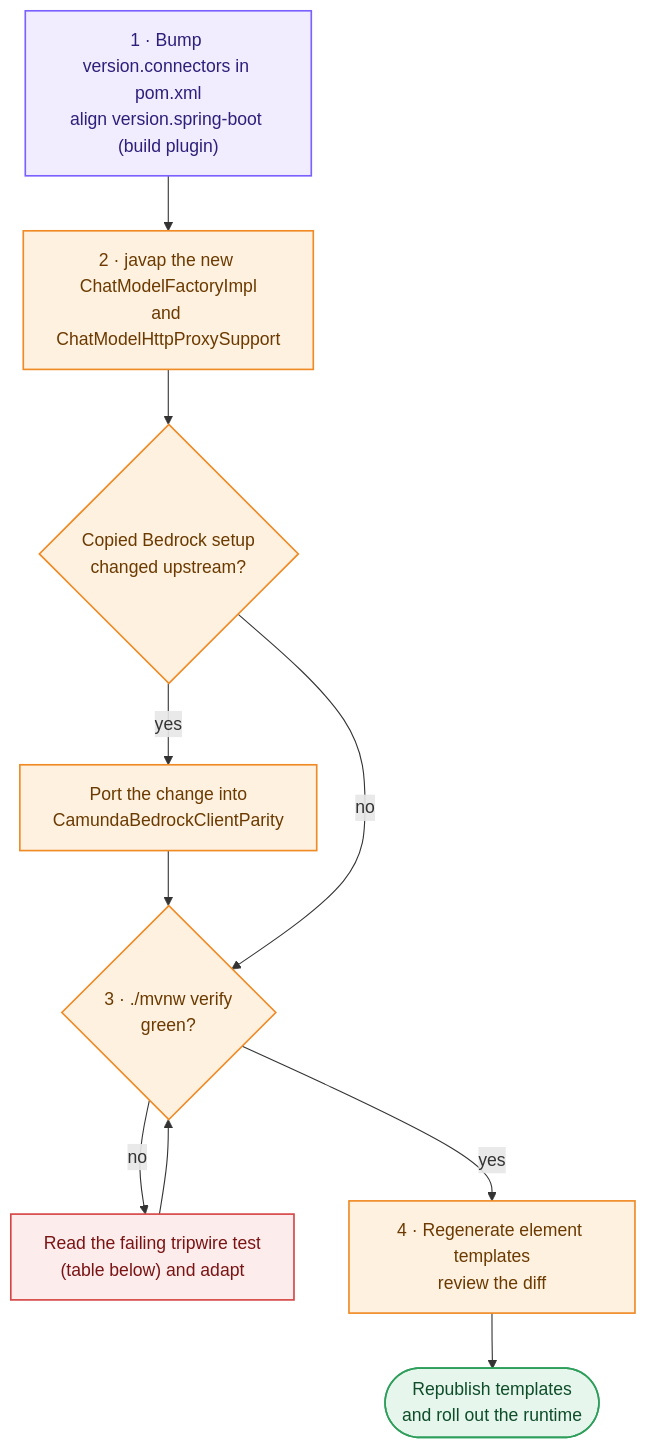
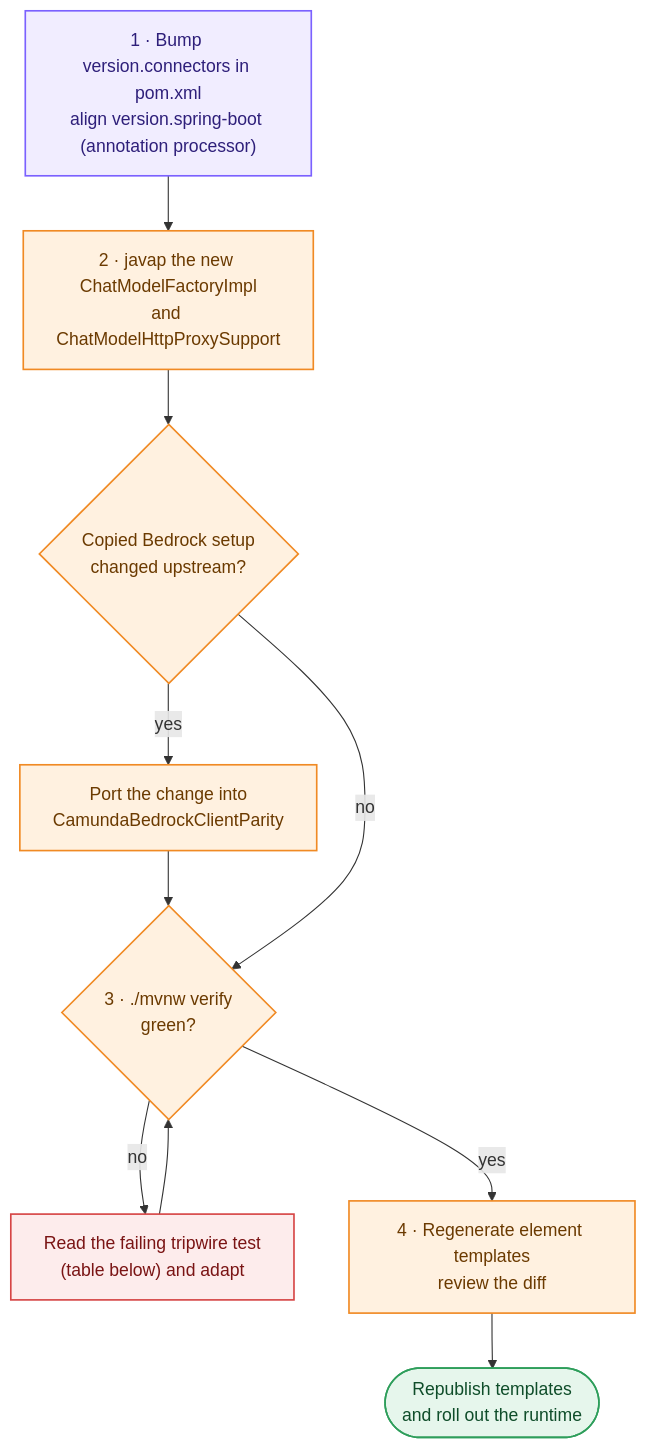
Before and after one commit to pranaykatariya/camunda-custom-bedrock-connector: the second of 2 diagrams in docs/UPGRADING.md, drawn with Mermaid. The commit also changed other lines of this file and 46 other files, not shown here.

````diff
--- a/docs/UPGRADING.md
+++ b/docs/UPGRADING.md
@@ -36,26 +36,26 @@
 ```mermaid
 flowchart TD
-    bump["1 · Bump version.connectors in pom.xml<br/>align version.spring-boot (build plugin)"]
+    bump["1 · Bump version.connectors in pom.xml<br/>align version.spring-boot (annotation processor)"]
     javap["2 · javap the new ChatModelFactoryImpl<br/>and ChatModelHttpProxySupport"]
     diff{"Copied Bedrock setup<br/>changed upstream?"}
     port["Port the change into<br/>CamundaBedrockClientParity"]
     verify{"3 · ./mvnw verify<br/>green?"}
     investigate["Read the failing tripwire test<br/>(table below) and adapt"]
     regen["4 · Regenerate element templates<br/>review the diff"]
     publish(["Republish templates<br/>and roll out the runtime"])
 
     bump --> javap --> diff
     diff -- "yes" --> port --> verify
     diff -- "no" --> verify
     verify -- "no" --> investigate --> verify
     verify -- "yes" --> regen --> publish
 
     classDef ours fill:#FFF1E0,stroke:#F08A24,stroke-width:1.5px,color:#6B3A00
     classDef ext fill:#E6F6EC,stroke:#2E9E5B,stroke-width:1.5px,color:#0F4D2A
     classDef bad fill:#FDECEC,stroke:#D64545,stroke-width:1.5px,color:#7A1414
     classDef cfg fill:#F1EDFF,stroke:#7B61FF,stroke-width:1.5px,color:#2E1F7A
     class bump cfg
     class javap,diff,port,verify,regen ours
     class investigate bad
     class publish ext
 ```
````
